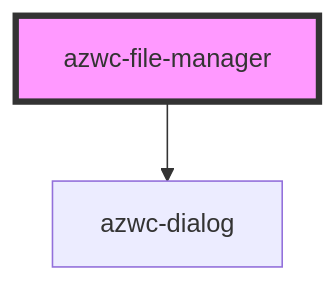
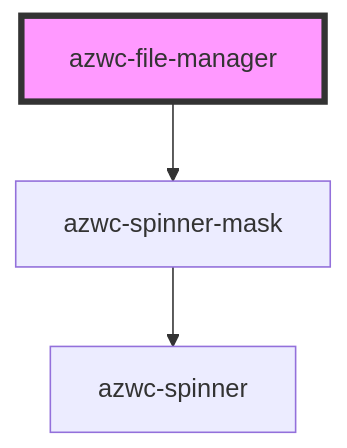
One commit to xtforgame/xbase changed the diagram in src/components/azwc-file-manager/readme.md. Above: the diagram before and after it, drawn with Mermaid. The commit also changed other lines of this file and 6 other files, not shown here.

````diff
--- a/src/components/azwc-file-manager/readme.md
+++ b/src/components/azwc-file-manager/readme.md
@@ -15,5 +45,6 @@
 ```mermaid
 graph TD;
-  azwc-file-manager --> azwc-dialog
+  azwc-file-manager --> azwc-spinner-mask
+  azwc-spinner-mask --> azwc-spinner
   style azwc-file-manager fill:#f9f,stroke:#333,stroke-width:4px
 ```
````
